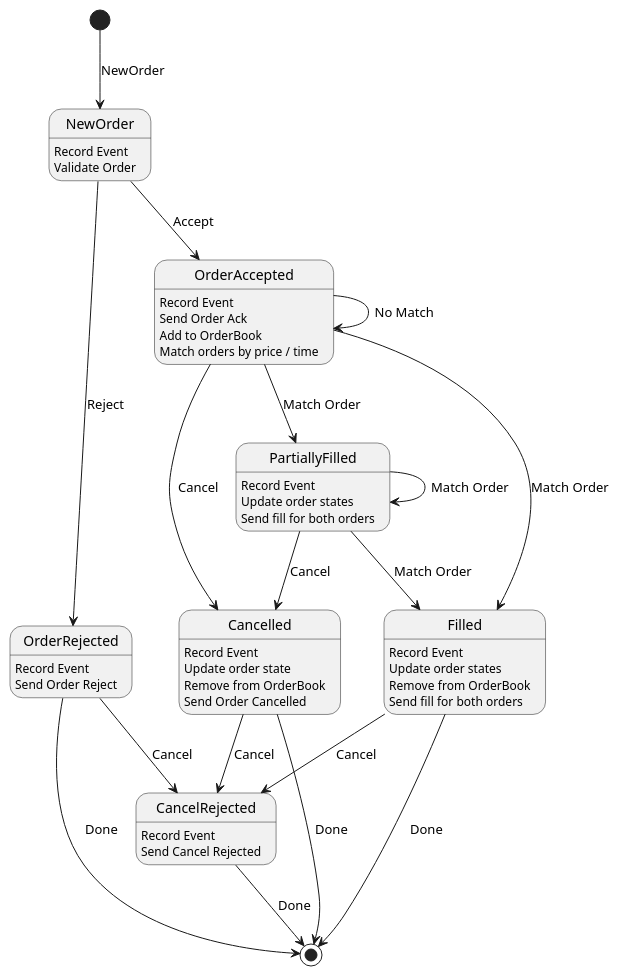
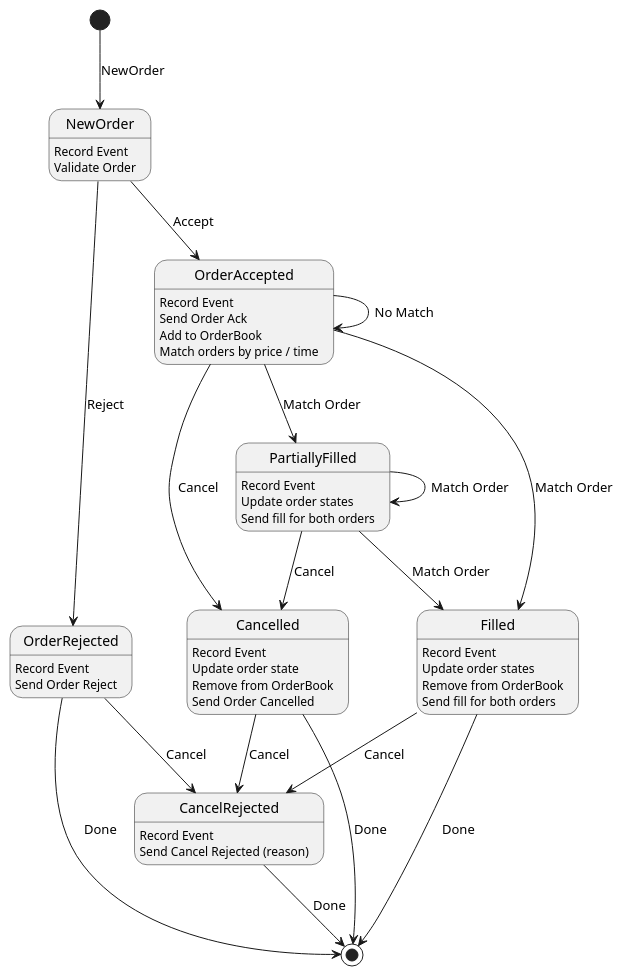
One commit to systematicmethods/orderbook changed the diagram in doc/Order State.puml. Above: the diagram before and after it, drawn with PlantUML.

Commit message:
fix: Order State diag

```diff
--- a/doc/Order State.puml
+++ b/doc/Order State.puml
@@ -1,47 +1,47 @@
 @startuml
 [*] --> NewOrder: NewOrder
 NewOrder --> OrderAccepted: Accept
 NewOrder --> OrderRejected: Reject
 NewOrder: Record Event
 NewOrder: Validate Order
 
 OrderRejected --> [*]: Done
 OrderRejected: Record Event
 OrderRejected: Send Order Reject
 OrderRejected --> CancelRejected: Cancel
 
 OrderAccepted --> Cancelled: Cancel
 OrderAccepted: Record Event
 OrderAccepted: Send Order Ack
 OrderAccepted: Add to OrderBook
 OrderAccepted: Match orders by price / time
 OrderAccepted --> Filled: Match Order
 OrderAccepted --> PartiallyFilled: Match Order
 OrderAccepted --> OrderAccepted: No Match
 
 PartiallyFilled --> PartiallyFilled: Match Order
 PartiallyFilled --> Filled: Match Order
 PartiallyFilled --> Cancelled: Cancel
 PartiallyFilled: Record Event
 PartiallyFilled: Update order states
 PartiallyFilled: Send fill for both orders
 
 Cancelled --> [*]: Done
 Cancelled --> CancelRejected: Cancel
 Cancelled: Record Event
 Cancelled: Update order state
 Cancelled: Remove from OrderBook
 Cancelled: Send Order Cancelled
 
 Filled --> [*]: Done
 Filled: Record Event
 Filled: Update order states
 Filled: Remove from OrderBook
 Filled: Send fill for both orders
 Filled --> CancelRejected: Cancel
 
 CancelRejected --> [*]: Done
 CancelRejected: Record Event
-CancelRejected: Send Cancel Rejected
+CancelRejected: Send Cancel Rejected (reason)
 
 @enduml
```
